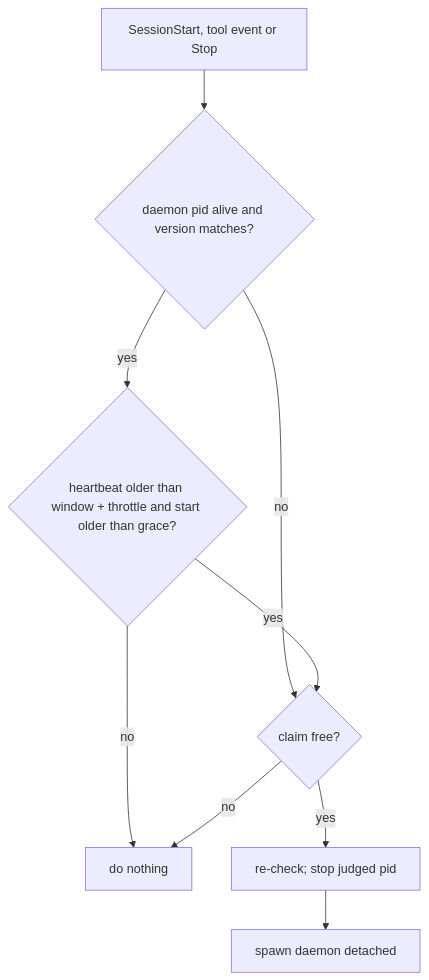
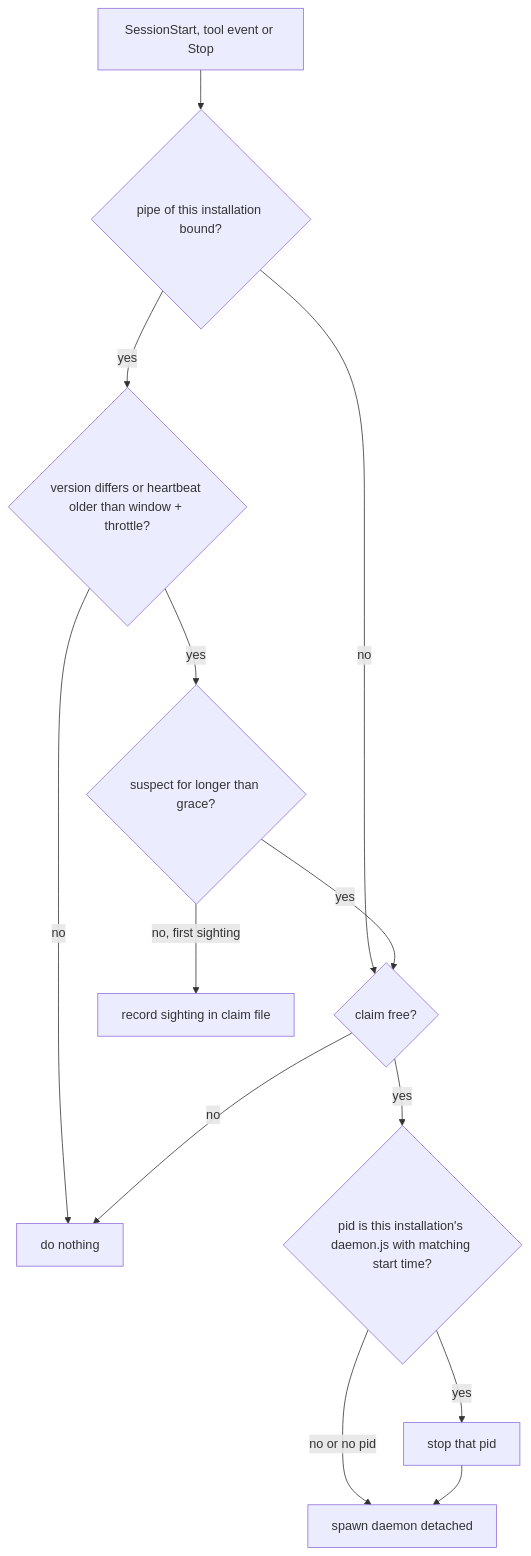
One commit to 99LevelsUp/claude-doom-statusbar changed the fourth of 5 diagrams in docs/plans/2026-11-09-2142-feat-frame-deadline-contract-plan.md. Above: the diagram before and after it, drawn with Mermaid. The commit also changed other lines of this file, not shown here.

First line of the commit message:
docs(plans): apply doc review to the render daemon plan

````diff
--- a/docs/plans/2026-11-09-2142-feat-frame-deadline-contract-plan.md
+++ b/docs/plans/2026-11-09-2142-feat-frame-deadline-contract-plan.md
@@ -231,11 +239,15 @@
 ```mermaid
 flowchart TB
-  E[SessionStart, tool event or Stop] --> A{daemon pid alive and version matches?}
-  A -->|no| C{claim free?}
-  A -->|yes| H{heartbeat older than window + throttle and start older than grace?}
+  E[SessionStart, tool event or Stop] --> P{pipe of this installation bound?}
+  P -->|no| C{claim free?}
+  P -->|yes| H{version differs or heartbeat older than window + throttle?}
   H -->|no| X[do nothing]
-  H -->|yes| C
+  H -->|yes| G{suspect for longer than grace?}
+  G -->|no, first sighting| M[record sighting in claim file]
+  G -->|yes| C
   C -->|no| X
-  C -->|yes| K[re-check; stop judged pid]
-  K --> S[spawn daemon detached]
+  C -->|yes| I{pid is this installation's daemon.js with matching start time?}
+  I -->|yes| K[stop that pid]
+  I -->|no or no pid| S[spawn daemon detached]
+  K --> S
 ```
````
